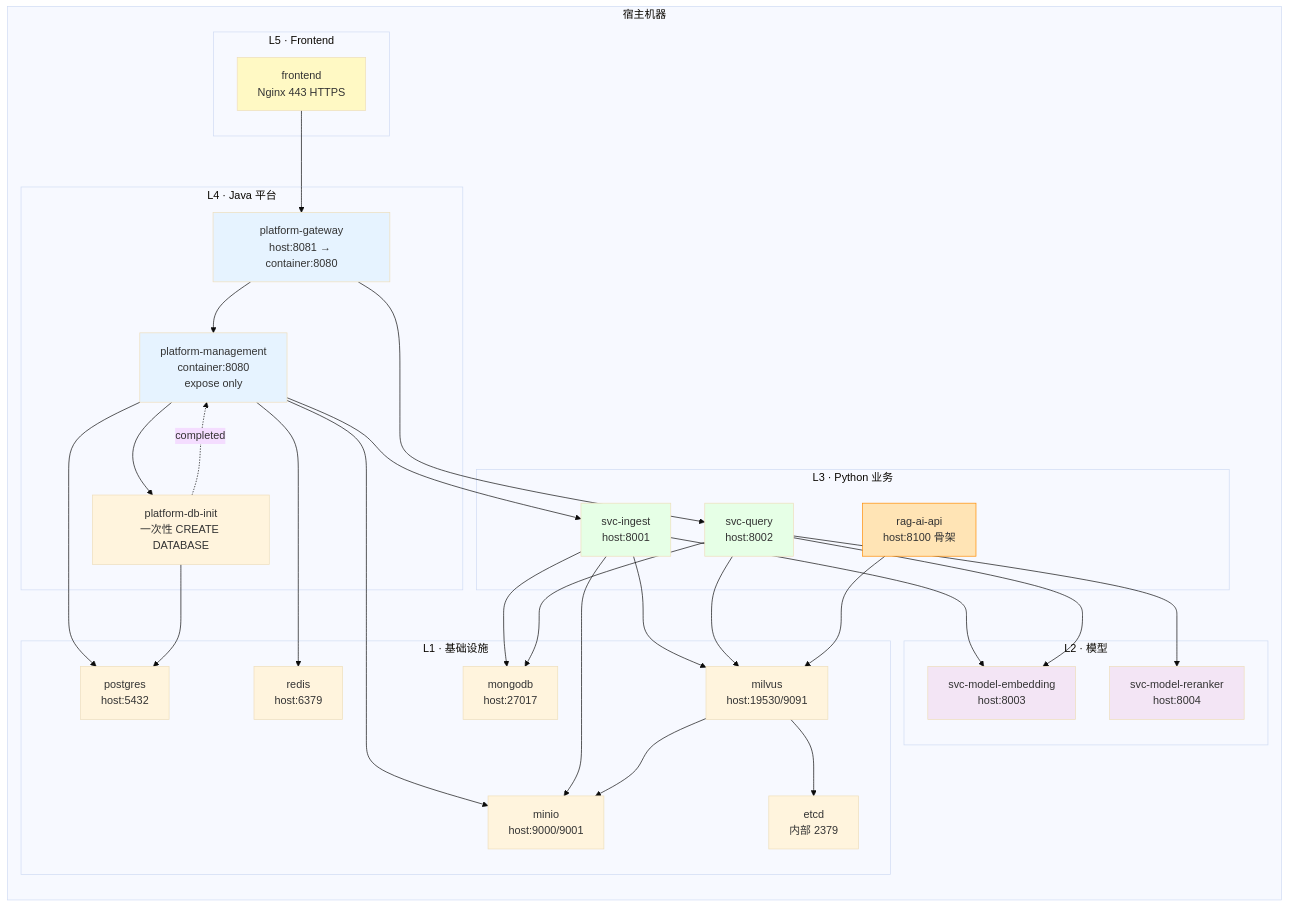
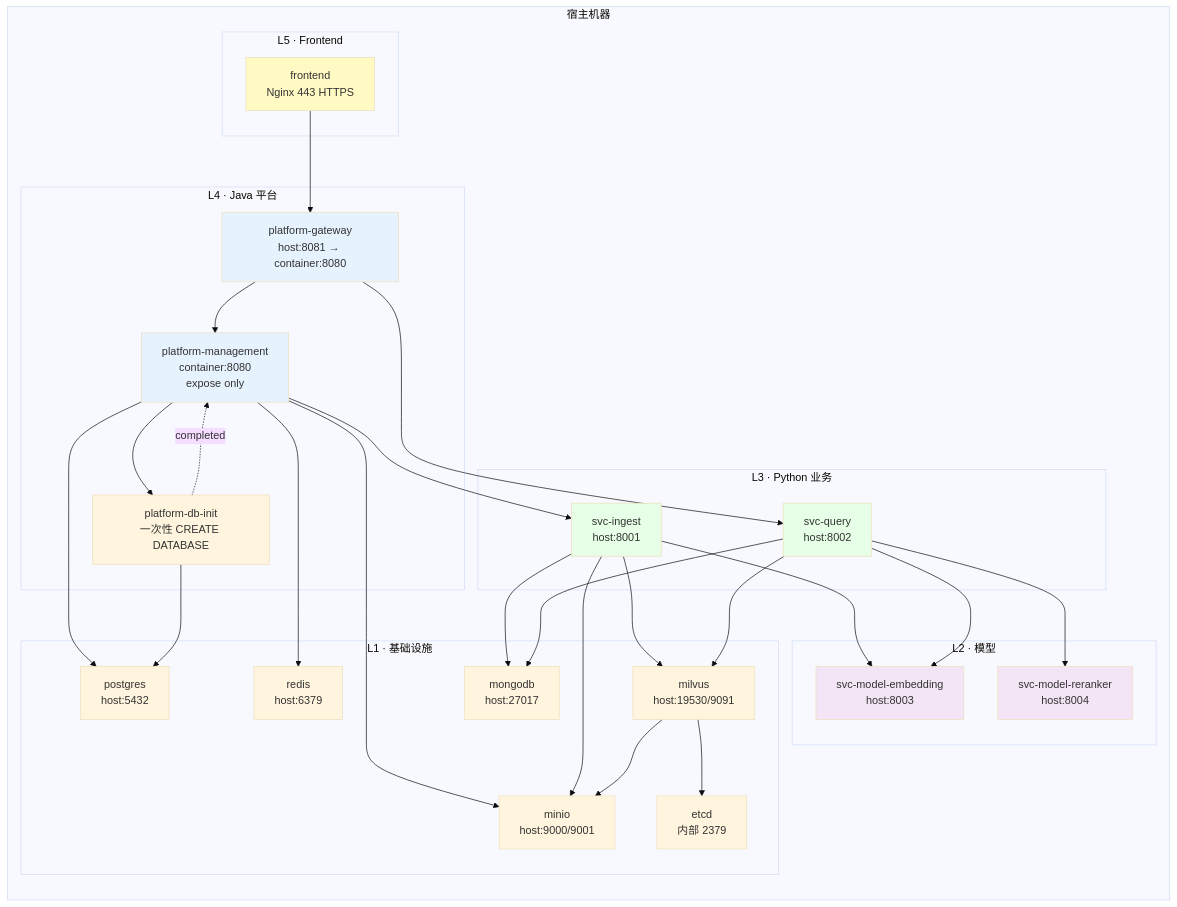
One commit to aiworld0927/aipaas changed the second of 2 diagrams in docs/02_架构设计/04_部署架构.md. Above: the diagram before and after it, drawn with Mermaid (base theme). The commit also changed other lines of this file and 75 other files, not shown here.

````diff
--- a/docs/02_架构设计/04_部署架构.md
+++ b/docs/02_架构设计/04_部署架构.md
@@ -250,63 +248,60 @@
 ```mermaid
 graph TD
     subgraph Host["宿主机器"]
         direction TB
         subgraph L5["L5 · Frontend"]
             FE[frontend<br/>Nginx 443 HTTPS]
         end
         subgraph L4["L4 · Java 平台"]
             MG[platform-management<br/>container:8080<br/>expose only]
             GW[platform-gateway<br/>host:8081 → container:8080]
             DBINIT[platform-db-init<br/>一次性 CREATE DATABASE]
         end
         subgraph L3["L3 · Python 业务"]
             INGEST[svc-ingest<br/>host:8001]
             QUERY[svc-query<br/>host:8002]
-            RAG[rag-ai-api<br/>host:8100 骨架]
         end
         subgraph L2["L2 · 模型"]
             EB[svc-model-embedding<br/>host:8003]
             RR[svc-model-reranker<br/>host:8004]
         end
         subgraph L1["L1 · 基础设施"]
             PG[postgres<br/>host:5432]
             RD[redis<br/>host:6379]
             ET[etcd<br/>内部 2379]
             MM[minio<br/>host:9000/9001]
             MV[milvus<br/>host:19530/9091]
             MGDB[mongodb<br/>host:27017]
         end
     end
 
     FE --> GW
     GW --> MG
     GW --> QUERY
     MG --> INGEST
     MG --> PG
     MG --> RD
     MG --> MM
     INGEST --> EB
     INGEST --> MM
     INGEST --> MV
     INGEST --> MGDB
     QUERY --> EB
     QUERY --> RR
     QUERY --> MV
     QUERY --> MGDB
-    RAG --> MV
 
     MV --> ET
     MV --> MM
     MG --> DBINIT
     DBINIT --> PG
     DBINIT -.completed.-> MG
 
     style FE fill:#fff9c4
     style GW fill:#e6f3ff
     style MG fill:#e6f3ff
     style INGEST fill:#e6ffe6
     style QUERY fill:#e6ffe6
-    style RAG fill:#ffe4b5,stroke:#ff8c00
     style EB fill:#f3e5f5
     style RR fill:#f3e5f5
 ```
````
